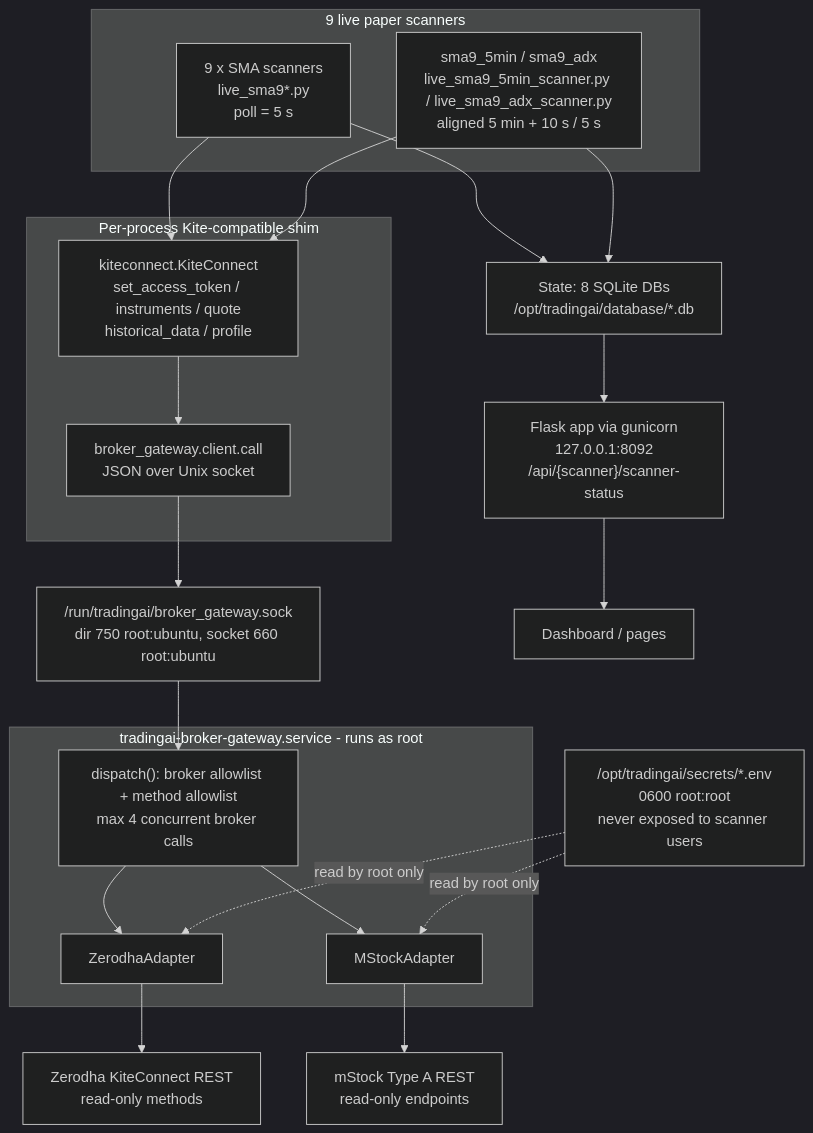
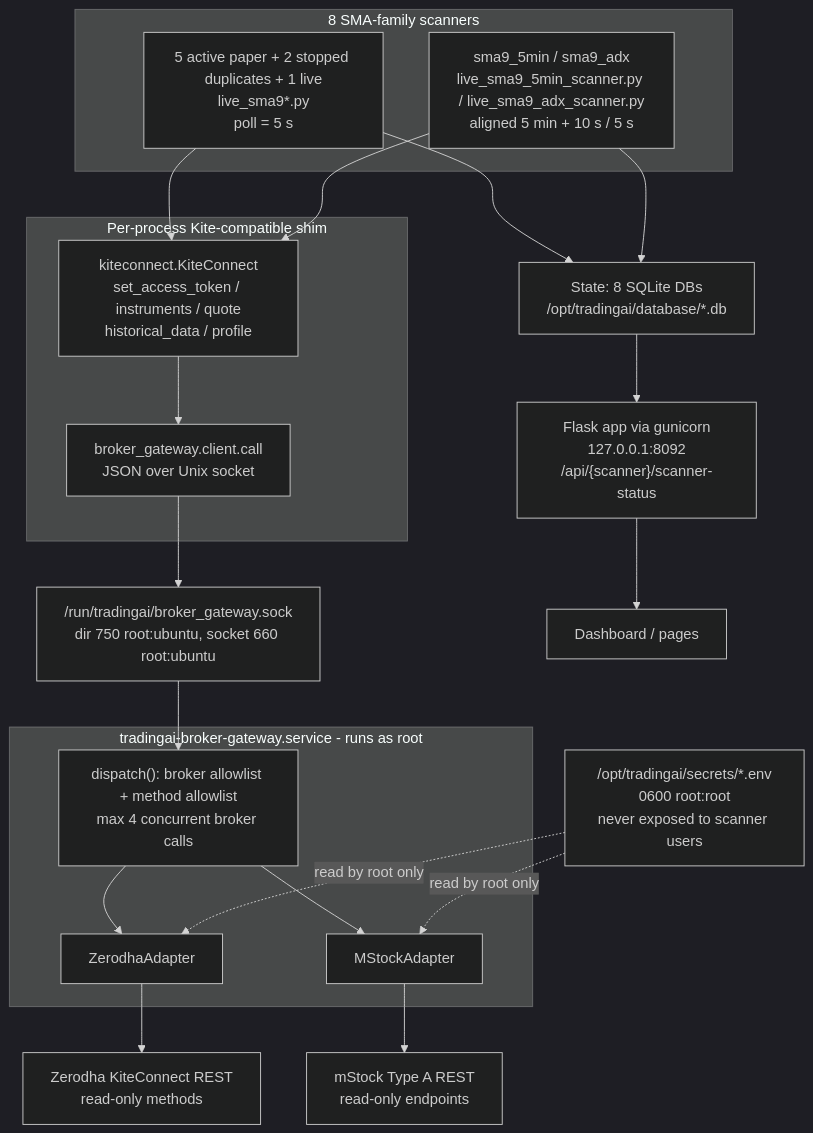
One commit to vedurada/tradingai-lightweight changed the first of 5 diagrams in docs/SCANNER_BROKER_ARCHITECTURE.md. Above: the diagram before and after it, drawn with Mermaid (dark theme). The commit also changed other lines of this file and 6 other files, not shown here.

````diff
--- a/docs/SCANNER_BROKER_ARCHITECTURE.md
+++ b/docs/SCANNER_BROKER_ARCHITECTURE.md
@@ -19,43 +24,43 @@
 ```mermaid
 flowchart TB
-    subgraph SCANNERS["9 live paper scanners"]
-        SMA["9 x SMA scanners<br/>live_sma9*.py<br/>poll = 5 s"]
+    subgraph SCANNERS["8 SMA-family scanners"]
+        SMA["5 active paper + 2 stopped duplicates + 1 live<br/>live_sma9*.py<br/>poll = 5 s"]
         SMA5["sma9_5min / sma9_adx<br/>live_sma9_5min_scanner.py / live_sma9_adx_scanner.py<br/>aligned 5 min + 10 s / 5 s"]
     end
 
     subgraph SHIMLAYER["Per-process Kite-compatible shim"]
         KC["kiteconnect.KiteConnect<br/>set_access_token / instruments / quote<br/>historical_data / profile"]
         CL["broker_gateway.client.call<br/>JSON over Unix socket"]
         KC --> CL
     end
 
     SOCK["/run/tradingai/broker_gateway.sock<br/>dir 750 root:ubuntu, socket 660 root:ubuntu"]
 
     subgraph GW["tradingai-broker-gateway.service - runs as root"]
         DISP["dispatch(): broker allowlist + method allowlist<br/>max 4 concurrent broker calls"]
         ZA["ZerodhaAdapter"]
         MA["MStockAdapter"]
         DISP --> ZA
         DISP --> MA
     end
 
     SEC["/opt/tradingai/secrets/*.env<br/>0600 root:root<br/>never exposed to scanner users"]
 
     ZAPI["Zerodha KiteConnect REST<br/>read-only methods"]
     MAPI["mStock Type A REST<br/>read-only endpoints"]
 
     STATE["State: 8 SQLite DBs<br/>/opt/tradingai/database/*.db"]
     API["Flask app via gunicorn<br/>127.0.0.1:8092<br/>/api/{scanner}/scanner-status"]
     UI["Dashboard / pages"]
 
     SMA --> KC
     SMA5 --> KC
     CL --> SOCK --> DISP
     SEC -. read by root only .-> ZA
     SEC -. read by root only .-> MA
     ZA --> ZAPI
     MA --> MAPI
     SMA --> STATE
     SMA5 --> STATE
     STATE --> API --> UI
 ```
````
